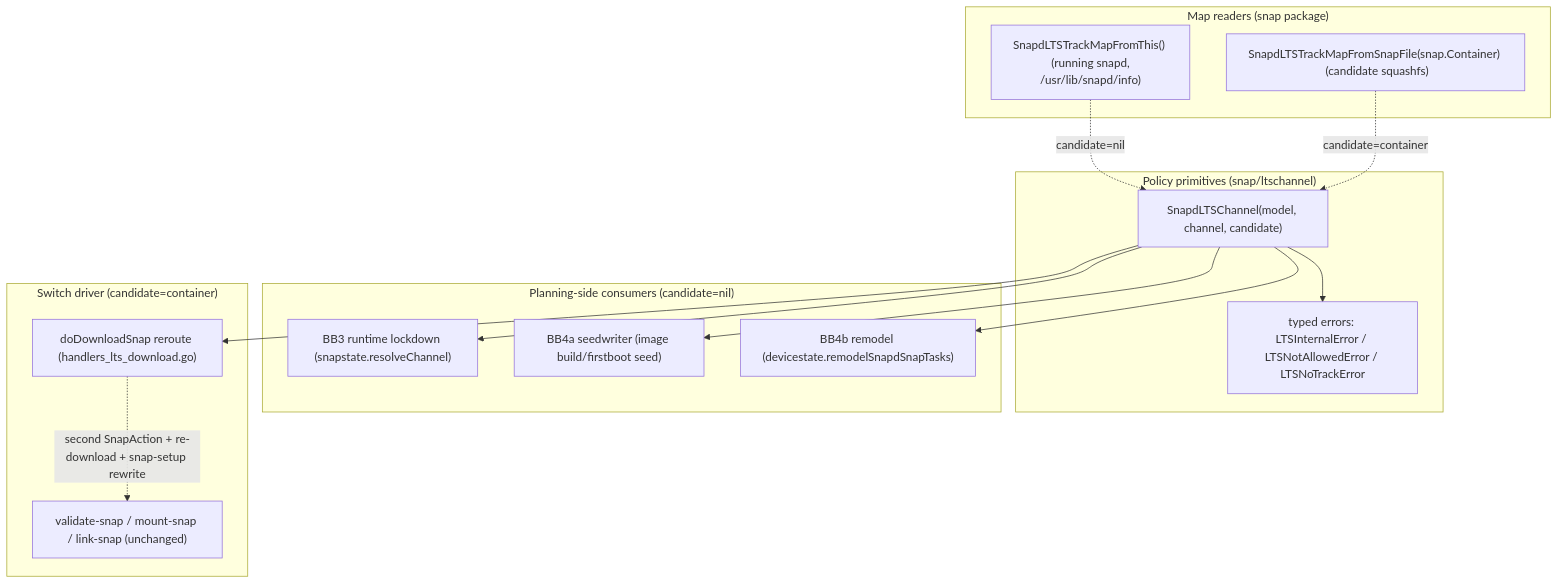
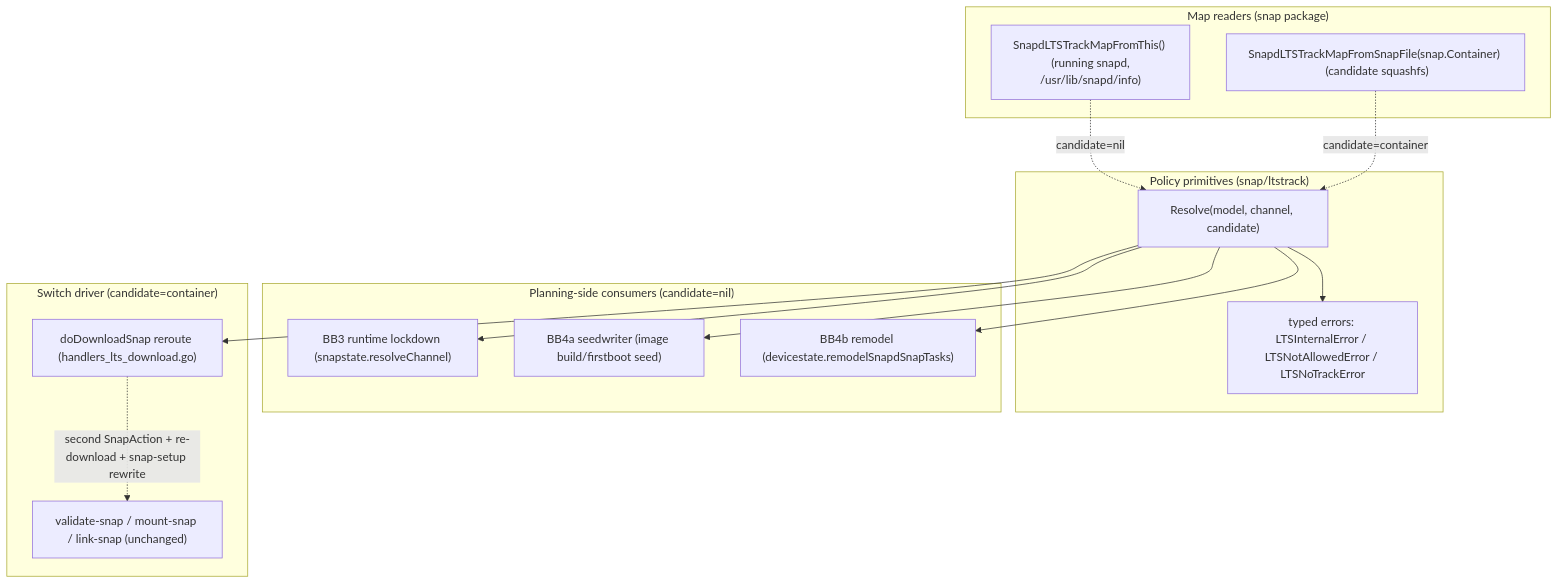
The diagram in DESIGN.md (canonical/snapd), drawn with Mermaid before and after one commit. The commit also changed other lines of this file and 21 other files, not shown here.

Commit message:
rename package ltschannel to ltstrack

````diff
--- a/DESIGN.md
+++ b/DESIGN.md
@@ -302,26 +302,26 @@
 ```mermaid
 flowchart TD
-    subgraph primitives ["Policy primitives (snap/ltschannel)"]
-        L["SnapdLTSChannel(model, channel, candidate)"]
+    subgraph primitives ["Policy primitives (snap/ltstrack)"]
+        L["Resolve(model, channel, candidate)"]
         L --> E["typed errors: LTSInternalError / LTSNotAllowedError / LTSNoTrackError"]
     end
     subgraph readers ["Map readers (snap package)"]
         R1["SnapdLTSTrackMapFromThis()  (running snapd, /usr/lib/snapd/info)"]
         R2["SnapdLTSTrackMapFromSnapFile(snap.Container)  (candidate squashfs)"]
     end
     subgraph consumers ["Planning-side consumers (candidate=nil)"]
         BB3["BB3 runtime lockdown (snapstate.resolveChannel)"]
         BB4a["BB4a seedwriter (image build/firstboot seed)"]
         BB4b["BB4b remodel (devicestate.remodelSnapdSnapTasks)"]
     end
     subgraph driver ["Switch driver (candidate=container)"]
         D["doDownloadSnap reroute (handlers_lts_download.go)"]
         D -.->|second SnapAction + re-download + snap-setup rewrite| D2["validate-snap / mount-snap / link-snap (unchanged)"]
     end
     L --> BB3
     L --> BB4a
     L --> BB4b
     L --> D
     R1 -.candidate=nil.-> L
     R2 -.candidate=container.-> L
 ```
````
